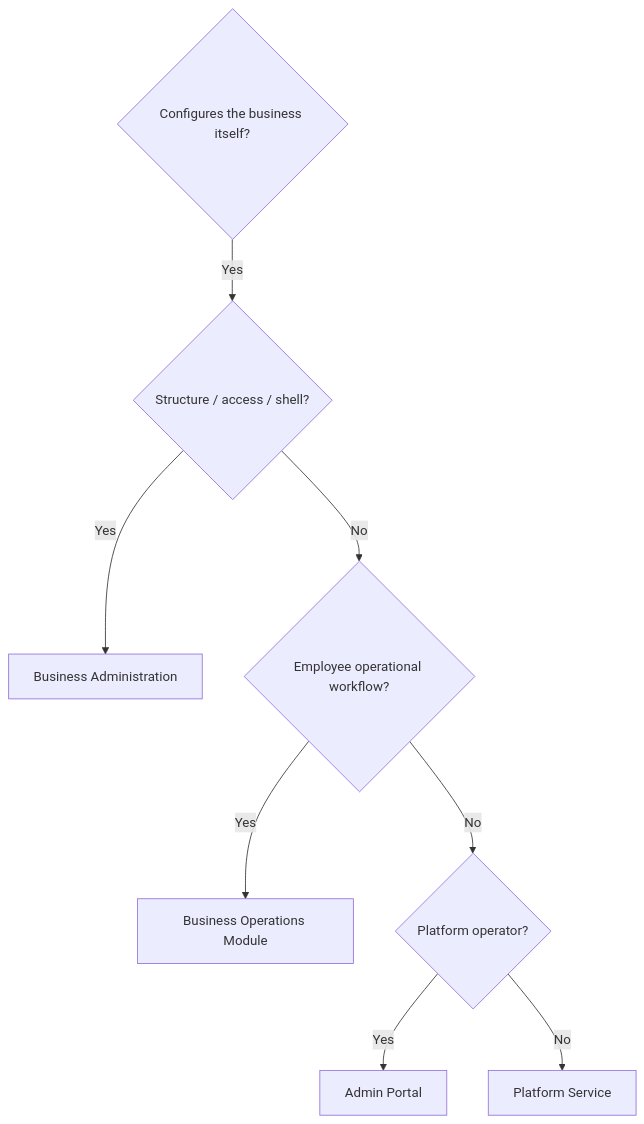
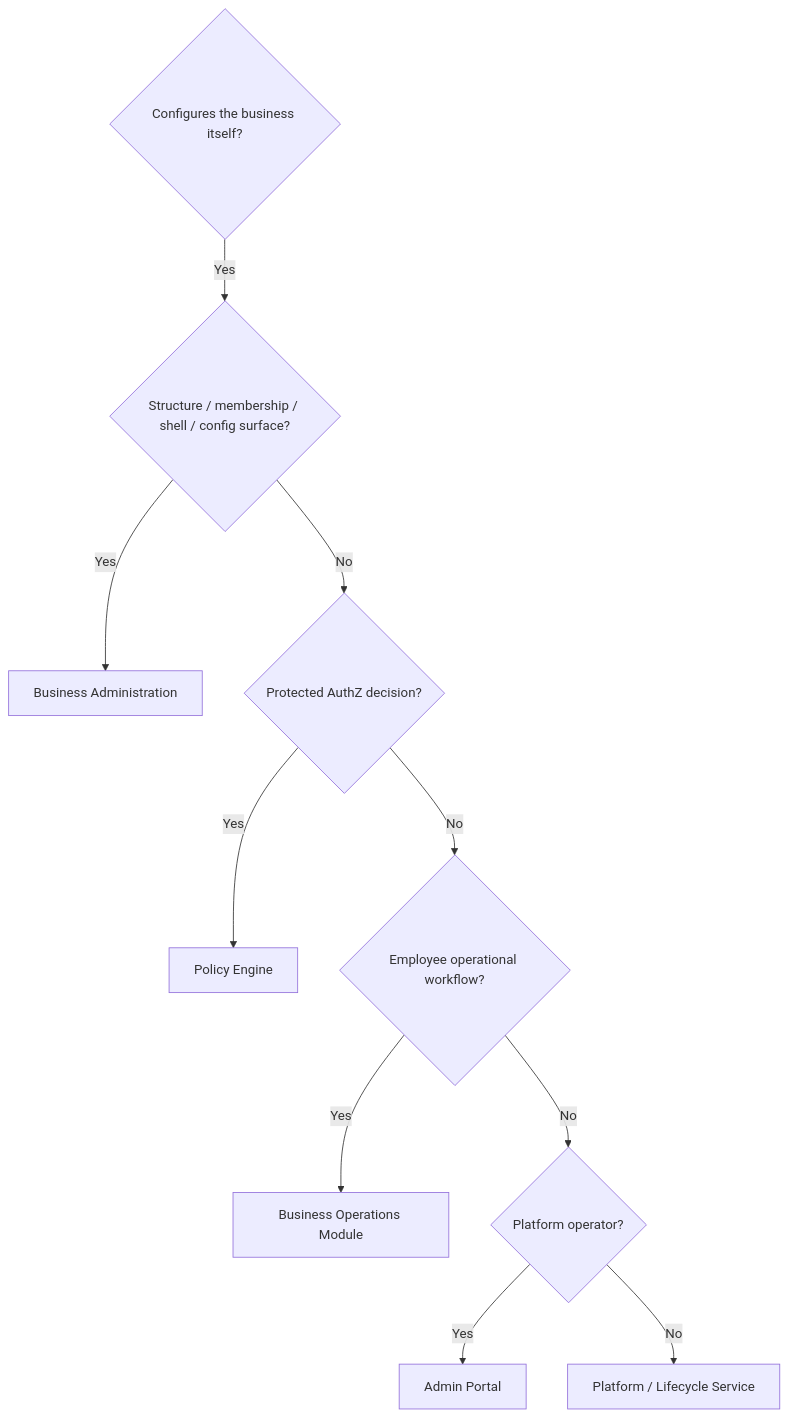
The diagram in docs/business-administration/BUSINESS_ADMINISTRATION_OWNERSHIP_MODEL.md (ADTrauts/Vssyl), drawn with Mermaid before and after one commit. The commit also changed other lines of this file and 10 other files, not shown here.

Commit message:
docs(architecture): reconcile business participant authority

````diff
--- a/docs/business-administration/BUSINESS_ADMINISTRATION_OWNERSHIP_MODEL.md
+++ b/docs/business-administration/BUSINESS_ADMINISTRATION_OWNERSHIP_MODEL.md
@@ -127,11 +181,13 @@
 ```mermaid
 flowchart TD
   Q1{Configures the business itself?}
-  Q1 -->|Yes| Q2{Structure / access / shell?}
+  Q1 -->|Yes| Q2{Structure / membership / shell / config surface?}
   Q2 -->|Yes| BA[Business Administration]
-  Q2 -->|No| Q3{Employee operational workflow?}
-  Q3 -->|Yes| BO[Business Operations Module]
-  Q3 -->|No| Q4{Platform operator?}
-  Q4 -->|Yes| AP[Admin Portal]
-  Q4 -->|No| Plat[Platform Service]
+  Q2 -->|No| Q3{Protected AuthZ decision?}
+  Q3 -->|Yes| PE[Policy Engine]
+  Q3 -->|No| Q4{Employee operational workflow?}
+  Q4 -->|Yes| BO[Business Operations Module]
+  Q4 -->|No| Q5{Platform operator?}
+  Q5 -->|Yes| AP[Admin Portal]
+  Q5 -->|No| Plat[Platform / Lifecycle Service]
 ```
````
